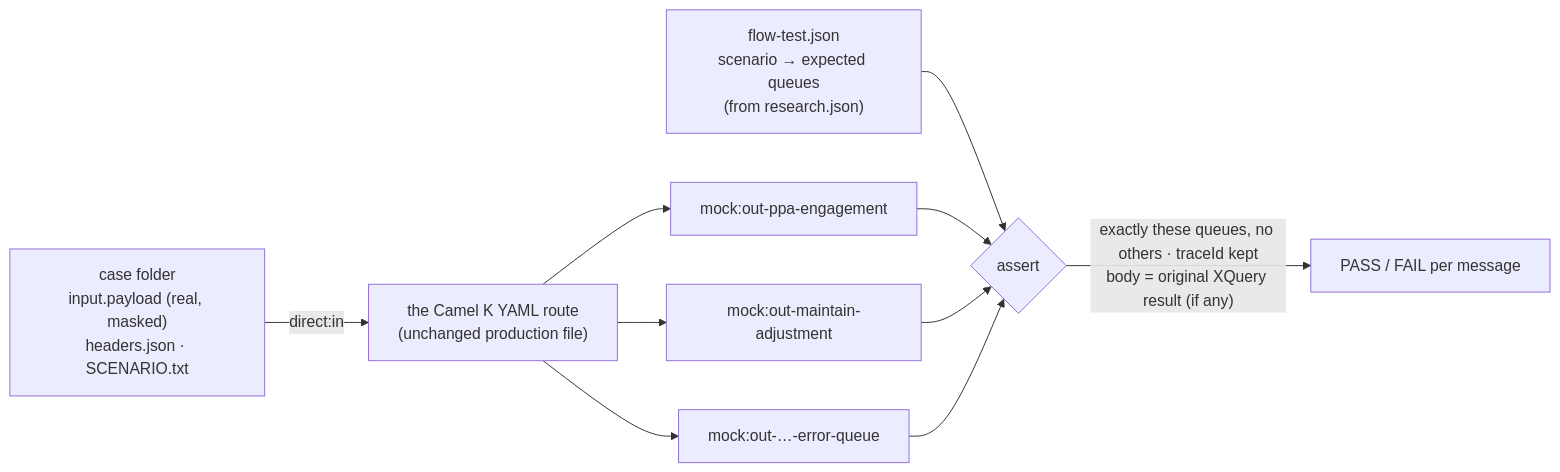
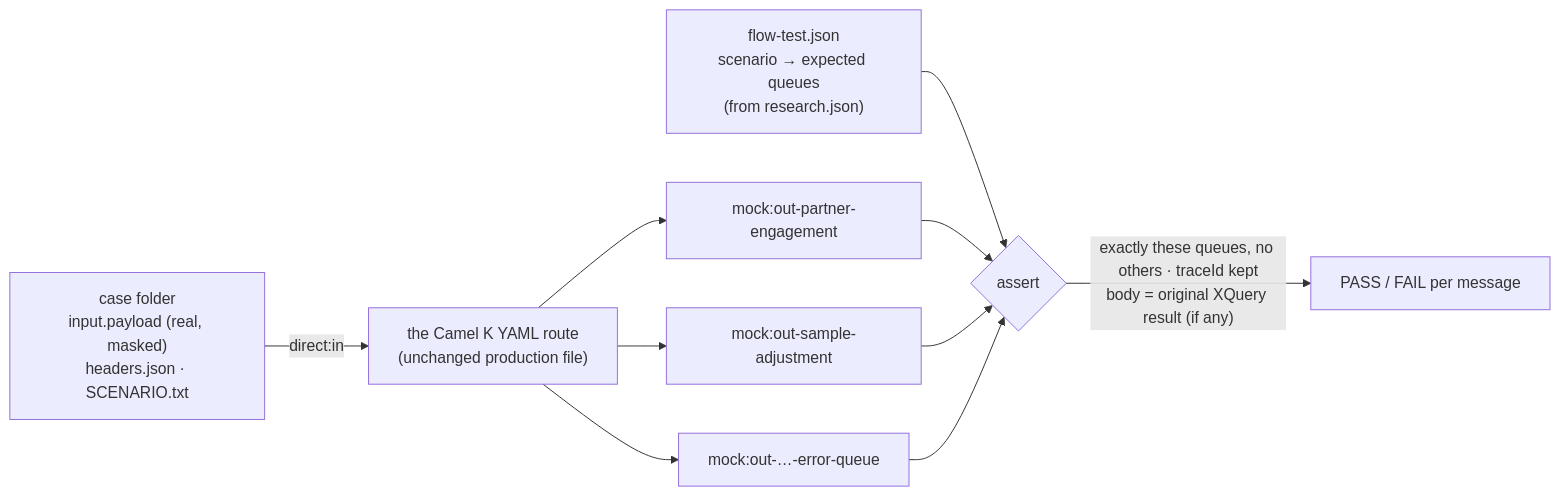
One commit to PawelWaj/Projects changed the second of 2 diagrams in P1/vdi-osb-migration/HOW_IT_WORKS.md. Above: the diagram before and after it, drawn with Mermaid. The commit also changed other lines of this file and 91 other files, not shown here.

````diff
--- a/P1/vdi-osb-migration/HOW_IT_WORKS.md
+++ b/P1/vdi-osb-migration/HOW_IT_WORKS.md
@@ -51,12 +51,12 @@
 ```mermaid
 flowchart LR
   C["case folder<br/>input.payload (real, masked)<br/>headers.json · SCENARIO.txt"] -->|direct:in| R["the Camel K YAML route<br/>(unchanged production file)"]
-  R --> P["mock:out-ppa-engagement"]
-  R --> G["mock:out-maintain-adjustment"]
+  R --> P["mock:out-partner-engagement"]
+  R --> G["mock:out-sample-adjustment"]
   R --> E["mock:out-…-error-queue"]
   M["flow-test.json<br/>scenario → expected queues<br/>(from research.json)"] --> A{"assert"}
   P --> A
   G --> A
   E --> A
   A -->|"exactly these queues, no others · traceId kept<br/>body = original XQuery result (if any)"| V["PASS / FAIL per message"]
 ```
````
